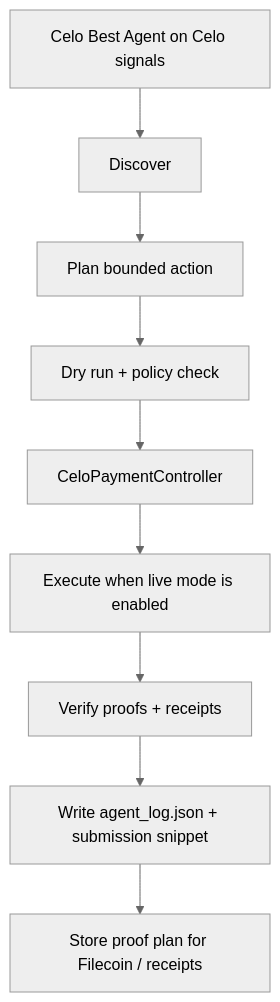
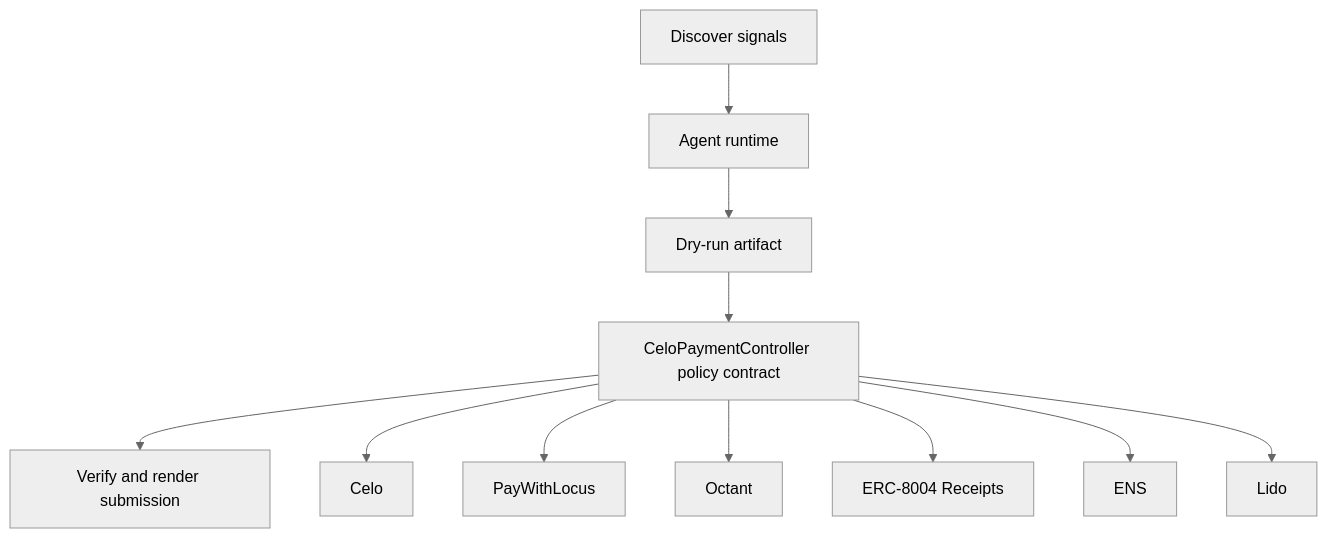
One commit to CrystallineButterfly/Synthesis-Celo-BestAgent changed the diagram in docs/architecture.mmd. Above: the diagram before and after it, drawn with Mermaid (neutral theme). The commit also changed 998 other files, not shown here.

Commit message:
Implement bounded agent runtime

```diff
--- a/docs/architecture.mmd
+++ b/docs/architecture.mmd
@@ -1,9 +1,13 @@
 flowchart TD
-    Signals[Celo Best Agent on Celo signals] --> Discover[Discover]
-    Discover --> Plan[Plan bounded action]
-    Plan --> DryRun[Dry run + policy check]
-    DryRun --> Guard[CeloPaymentController]
-    Guard --> Execute[Execute when live mode is enabled]
-    Execute --> Verify[Verify proofs + receipts]
-    Verify --> Persist[Write agent_log.json + submission snippet]
-    Persist --> Storage[Store proof plan for Filecoin / receipts]
+    Signals[Discover signals]
+    Planner[Agent runtime]
+    DryRun[Dry-run artifact]
+    Contract[CeloPaymentController policy contract]
+    Verify[Verify and render submission]
+    Signals --> Planner --> DryRun --> Contract --> Verify
+    Contract --> celo[Celo]
+    Contract --> paywithlocus[PayWithLocus]
+    Contract --> octant[Octant]
+    Contract --> erc_8004_receipts[ERC-8004 Receipts]
+    Contract --> ens[ENS]
+    Contract --> lido[Lido]
```
